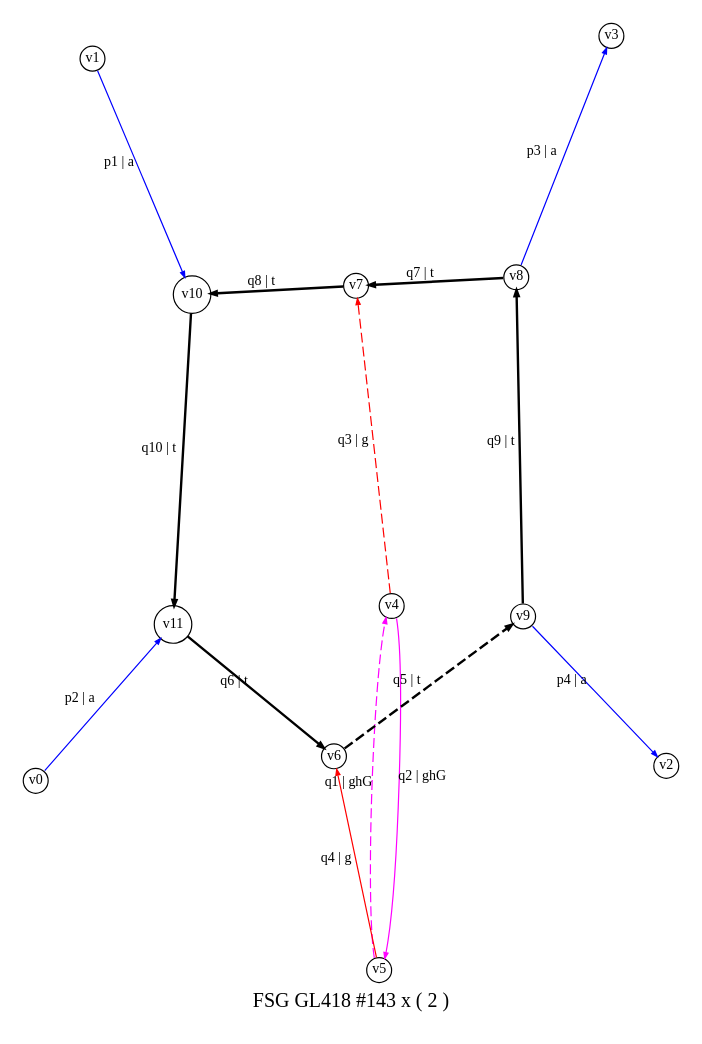
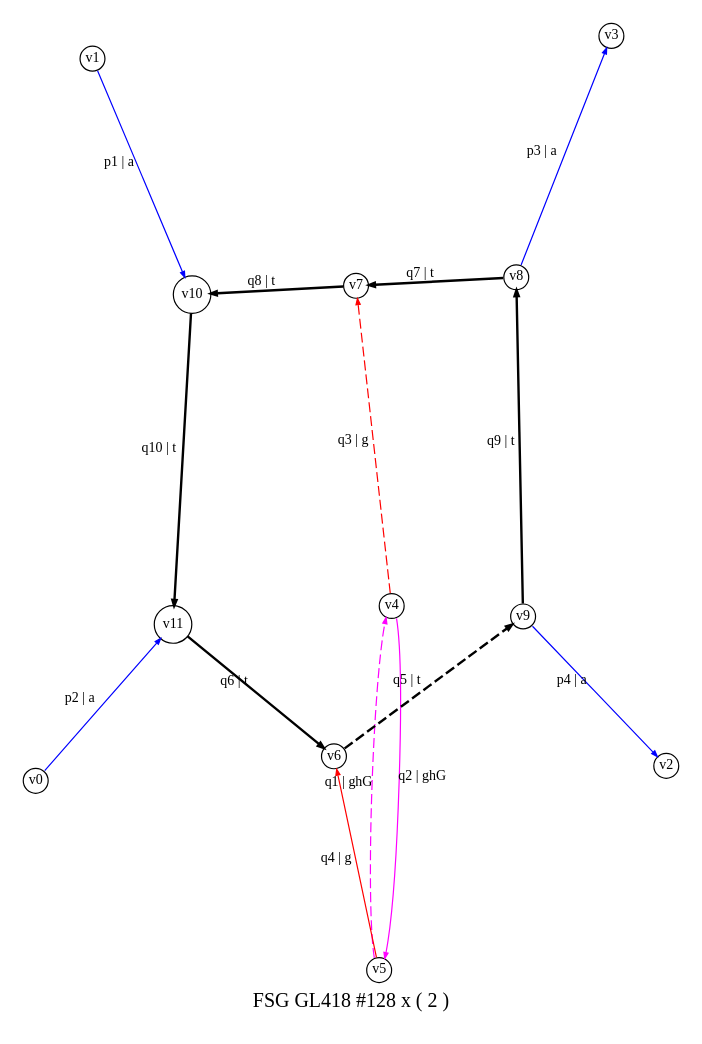
One commit to alphal00p/alphaLoopMisc changed the diagram in aa_ttx/SupplementaryMaterial/drawings/GL418.dot. Above: the diagram before and after it, drawn with Graphviz. The commit also changed 139 other files, not shown here.

```diff
--- a/aa_ttx/SupplementaryMaterial/drawings/GL418.dot
+++ b/aa_ttx/SupplementaryMaterial/drawings/GL418.dot
@@ -1,25 +1,25 @@
 digraph dot_143_0_GL418 {
-label="FSG GL418 #143 x ( 2 )";
+label="FSG GL418 #128 x ( 2 )";
 noverlap="scale"; layout="neato";
 graph [ 
 overall_factor="NumeratorDependentGrouping(418,1,AntiFermionSpinSumSign(1)*AutG(1)^-1*ExternalFermionOrderingSign(1))+NumeratorDependentGrouping(419,1,AntiFermionSpinSumSign(1)*AutG(1)^-1*ExternalFermionOrderingSign(1))",
 overall_factor_evaluated="2",
 fontsize=10,ratio=1.5
  ];
 node [ fontsize=7,shape=circle,margin=0,height=0.01,penwidth=0.6 ];
 edge [ fontsize=7,arrowsize=0.3,penwidth=0.6 ];
 "v1" -> "v10" [label="p1 | a",color="blue",penwidth="0.6",style="solid"];
 "v0" -> "v11" [label="p2 | a",color="blue",penwidth="0.6",style="solid"];
 "v8" -> "v3" [label="p3 | a",color="blue",penwidth="0.6",style="solid"];
 "v9" -> "v2" [label="p4 | a",color="blue",penwidth="0.6",style="solid"];
 "v5" -> "v4" [label="q1 | ghG",color="magenta",penwidth="0.6",style="dashed"];
 "v4" -> "v5" [label="q2 | ghG",color="magenta",penwidth="0.6",style="solid"];
 "v4" -> "v7" [label="q3 | g",color="red",penwidth="0.6",style="dashed"];
 "v5" -> "v6" [label="q4 | g",color="red",penwidth="0.6",style="solid"];
 "v6" -> "v9" [label="q5 | t",color="black",penwidth="1.2",style="dashed"];
 "v11" -> "v6" [label="q6 | t",color="black",penwidth="1.2",style="solid"];
 "v8" -> "v7" [label="q7 | t",color="black",penwidth="1.2",style="solid"];
 "v7" -> "v10" [label="q8 | t",color="black",penwidth="1.2",style="solid"];
 "v9" -> "v8" [label="q9 | t",color="black",penwidth="1.2",style="solid"];
 "v10" -> "v11" [label="q10 | t",color="black",penwidth="1.2",style="solid"];
 }
```
